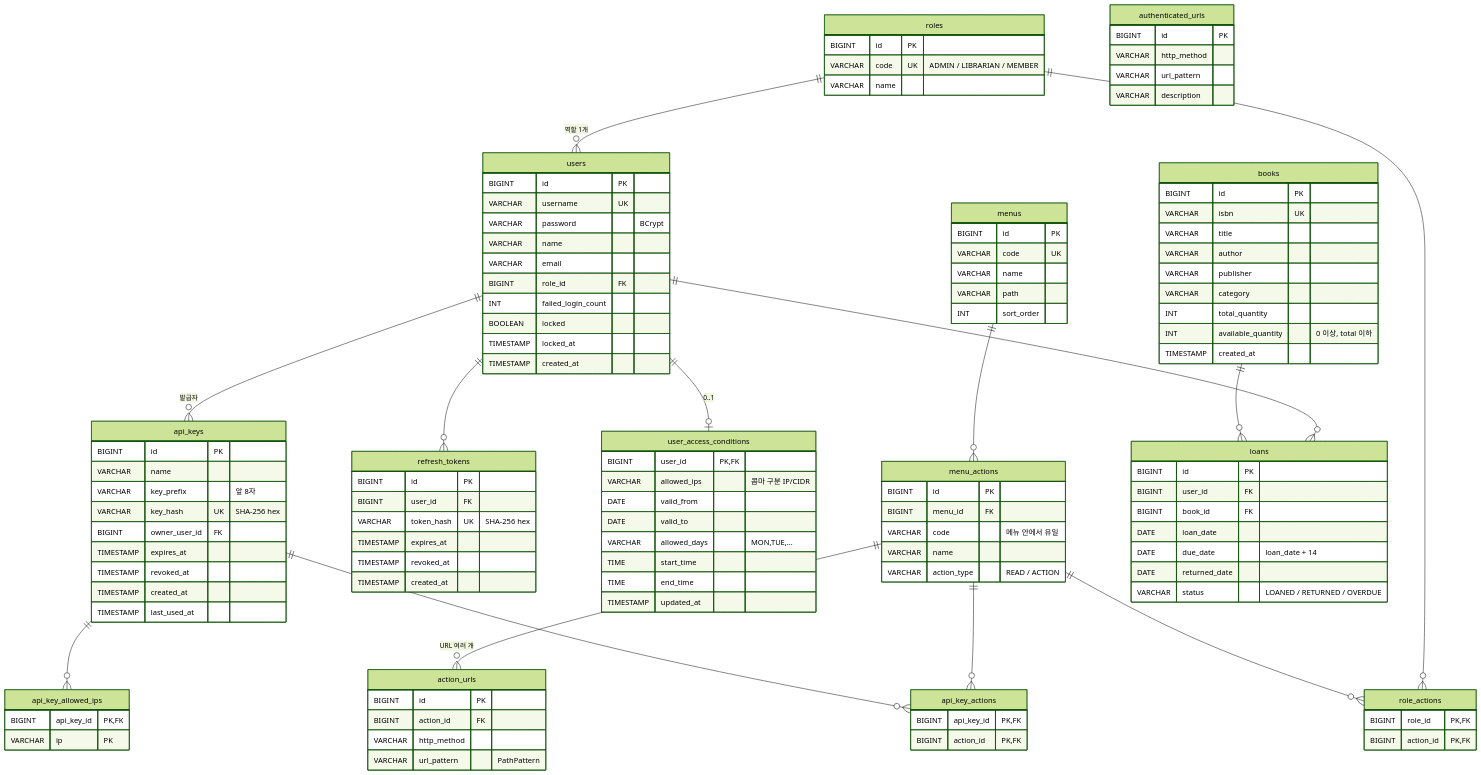
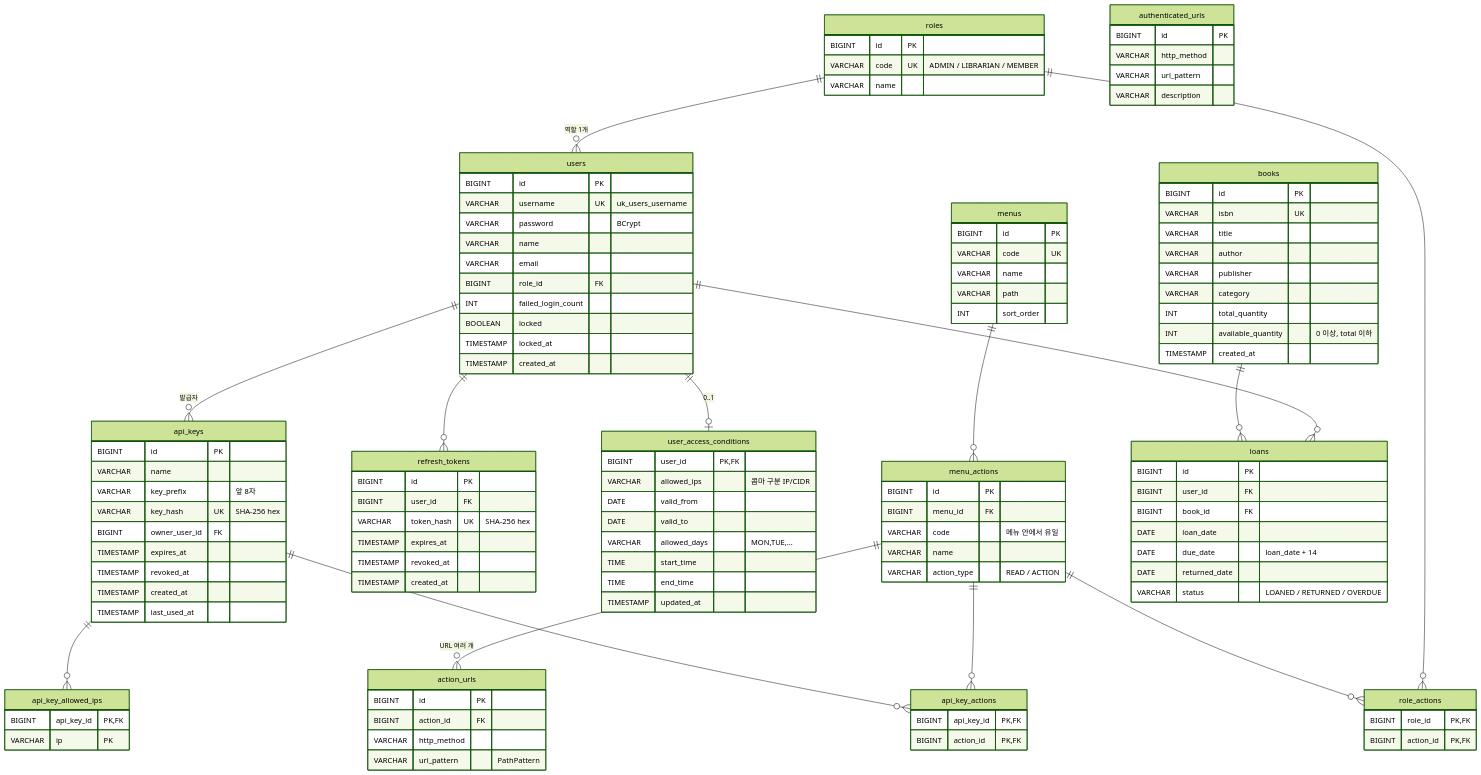
The diagram in docs/erd.md (eoghks/Spring-Security), drawn with Mermaid (forest theme) before and after one commit. The commit also changed 1 other file, not shown here.

Commit message:
docs: 동시 가입 경합의 유니크 제약 번역(409) 결정을 문서에 반영한다

```diff
--- a/docs/erd.md
+++ b/docs/erd.md
@@ -26,7 +26,7 @@
     }
     users {
         BIGINT id PK
-        VARCHAR username UK
+        VARCHAR username UK "uk_users_username"
         VARCHAR password "BCrypt"
         VARCHAR name
         VARCHAR email
```
